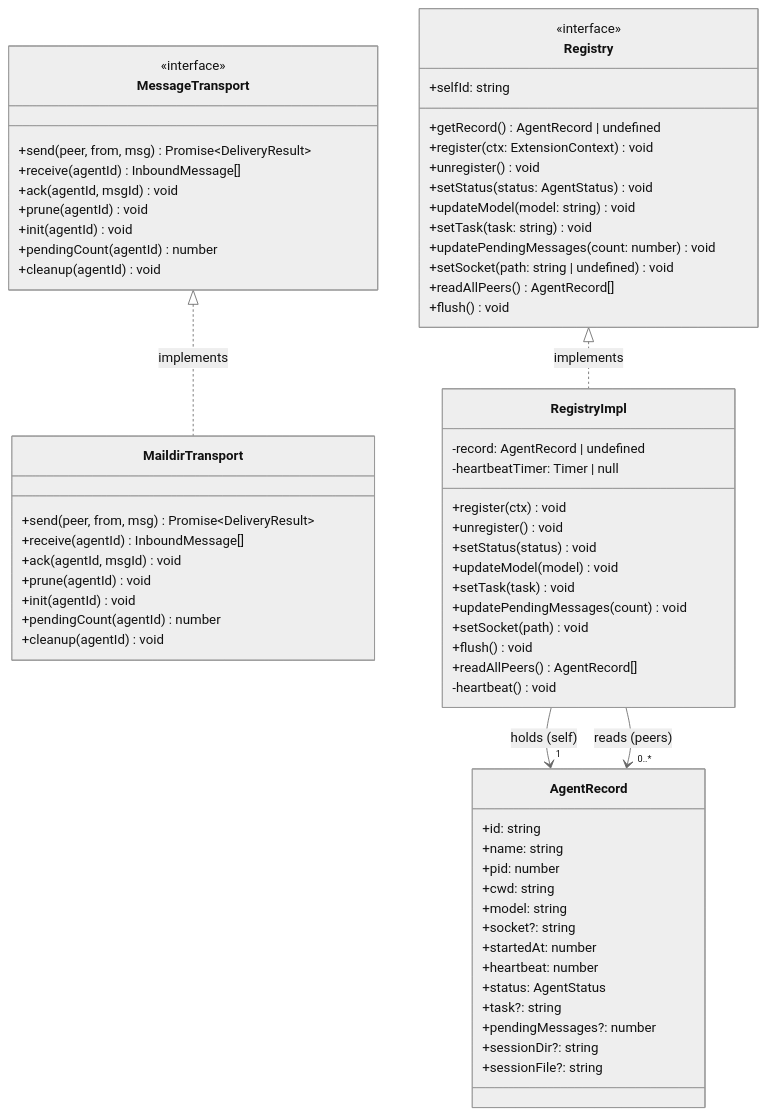
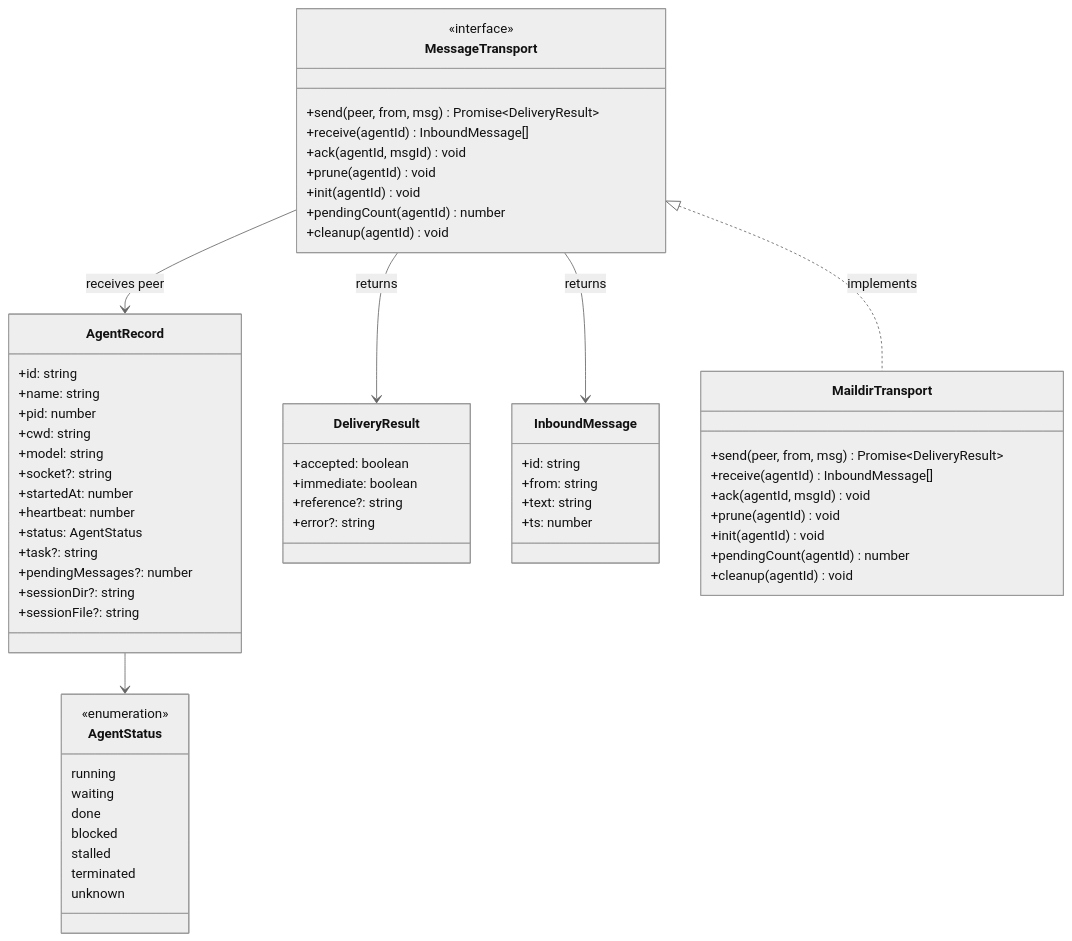
One commit to tS7hKamAYL84j91/pi-tools-and-skills changed the eighth of 11 diagrams in docs/C4.md. Above: the diagram before and after it, drawn with Mermaid (neutral theme). The commit also changed other lines of this file, not shown here.

First line of the commit message:
docs(c4): fix Level 3-4 diagrams to match actual code

````diff
--- a/docs/C4.md
+++ b/docs/C4.md
@@ -221,74 +223,70 @@
 ```mermaid
 classDiagram
-    class Registry {
-        <<interface>>
-        +selfId: string
-        +getRecord() AgentRecord | undefined
-        +register(ctx: ExtensionContext) void
-        +unregister() void
-        +setStatus(status: AgentStatus) void
-        +updateModel(model: string) void
-        +setTask(task: string) void
-        +updatePendingMessages(count: number) void
-        +setSocket(path: string | undefined) void
-        +readAllPeers() AgentRecord[]
-        +flush() void
+    class AgentStatus {
+        <<enumeration>>
+        running
+        waiting
+        done
+        blocked
+        stalled
+        terminated
+        unknown
     }
 
     class AgentRecord {
         +id: string
         +name: string
         +pid: number
         +cwd: string
         +model: string
         +socket?: string
         +startedAt: number
         +heartbeat: number
         +status: AgentStatus
         +task?: string
         +pendingMessages?: number
         +sessionDir?: string
         +sessionFile?: string
+    }
+
+    class DeliveryResult {
+        +accepted: boolean
+        +immediate: boolean
+        +reference?: string
+        +error?: string
+    }
+
+    class InboundMessage {
+        +id: string
+        +from: string
+        +text: string
+        +ts: number
     }
 
     class MessageTransport {
         <<interface>>
         +send(peer, from, msg) Promise~DeliveryResult~
         +receive(agentId) InboundMessage[]
         +ack(agentId, msgId) void
         +prune(agentId) void
         +init(agentId) void
         +pendingCount(agentId) number
         +cleanup(agentId) void
     }
 
     class MaildirTransport {
         +send(peer, from, msg) Promise~DeliveryResult~
         +receive(agentId) InboundMessage[]
         +ack(agentId, msgId) void
         +prune(agentId) void
         +init(agentId) void
         +pendingCount(agentId) number
         +cleanup(agentId) void
     }
 
-    class RegistryImpl {
-        -record: AgentRecord | undefined
-        -heartbeatTimer: Timer | null
-        +register(ctx) void
-        +unregister() void
-        +setStatus(status) void
-        +updateModel(model) void
-        +setTask(task) void
-        +updatePendingMessages(count) void
-        +setSocket(path) void
-        +flush() void
-        +readAllPeers() AgentRecord[]
-        -heartbeat() void
-    }
-
-    Registry <|.. RegistryImpl : implements
-    RegistryImpl --> "1" AgentRecord : holds (self)
-    RegistryImpl --> "0..*" AgentRecord : reads (peers)
+    AgentRecord --> AgentStatus
+    MessageTransport --> DeliveryResult : returns
+    MessageTransport --> InboundMessage : returns
+    MessageTransport --> AgentRecord : receives peer
     MessageTransport <|.. MaildirTransport : implements
 ```
````
